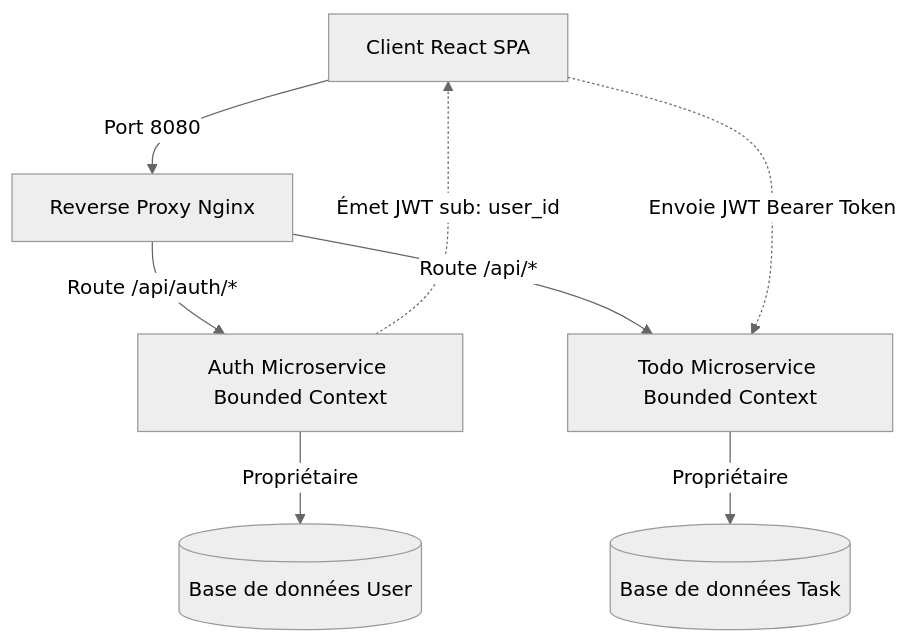
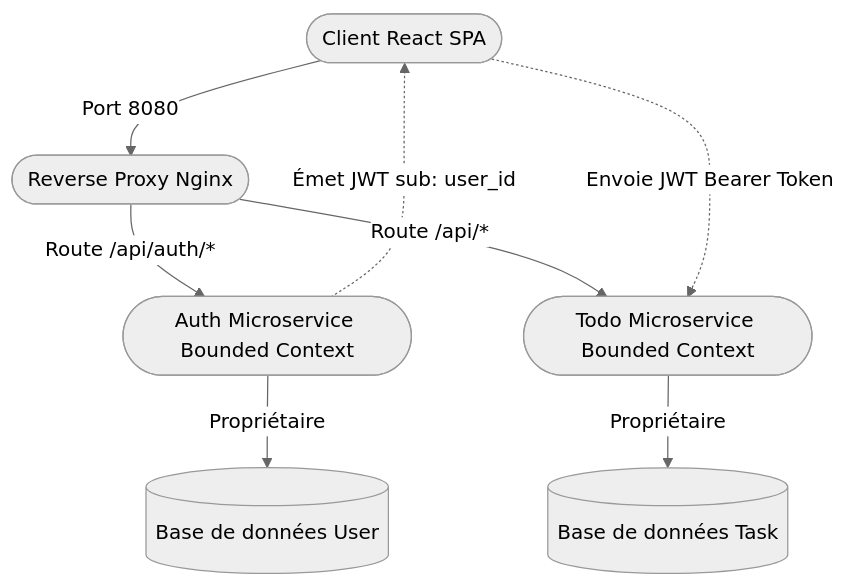
Before and after one commit to wanicolas/todo-app-cloud: the diagram in docs/context_map.md, drawn with Mermaid. The commit also changed other lines of this file and 10 other files, not shown here.

````diff
--- a/docs/context_map.md
+++ b/docs/context_map.md
@@ -5,13 +7,13 @@
 ```mermaid
 %%{init: {'theme': 'neutral'}}%%
 graph TD
-    Client[Client React SPA] -->|Port 8080| Proxy[Reverse Proxy Nginx]
-    Proxy -->|Route /api/auth/*| AuthContext[Auth Microservice Bounded Context]
-    Proxy -->|Route /api/*| TodoContext[Todo Microservice Bounded Context]
+    Client([Client React SPA]) -->|Port 8080| Proxy([Reverse Proxy Nginx])
+    Proxy -->|Route /api/auth/*| AuthContext([Auth Microservice Bounded Context])
+    Proxy -->|Route /api/*| TodoContext([Todo Microservice Bounded Context])
 
     AuthContext -->|Propriétaire| AuthDB[(Base de données User)]
     TodoContext -->|Propriétaire| TodoDB[(Base de données Task)]
 
     AuthContext -.->|Émet JWT sub: user_id| Client
     Client -.->|Envoie JWT Bearer Token| TodoContext
 ```
````
